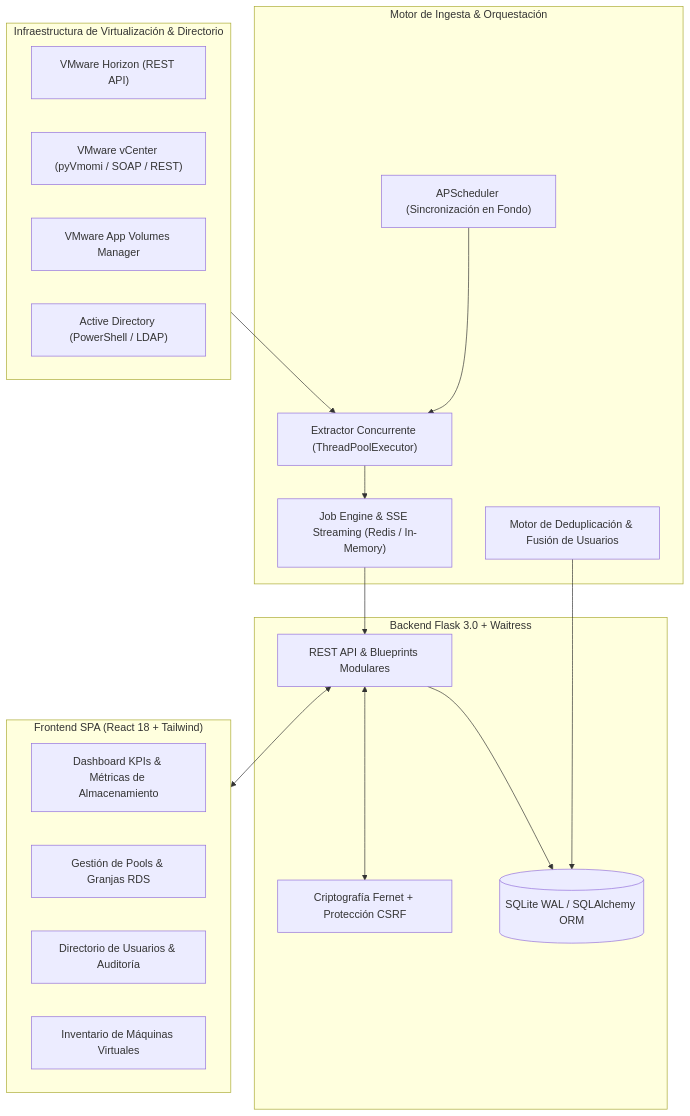
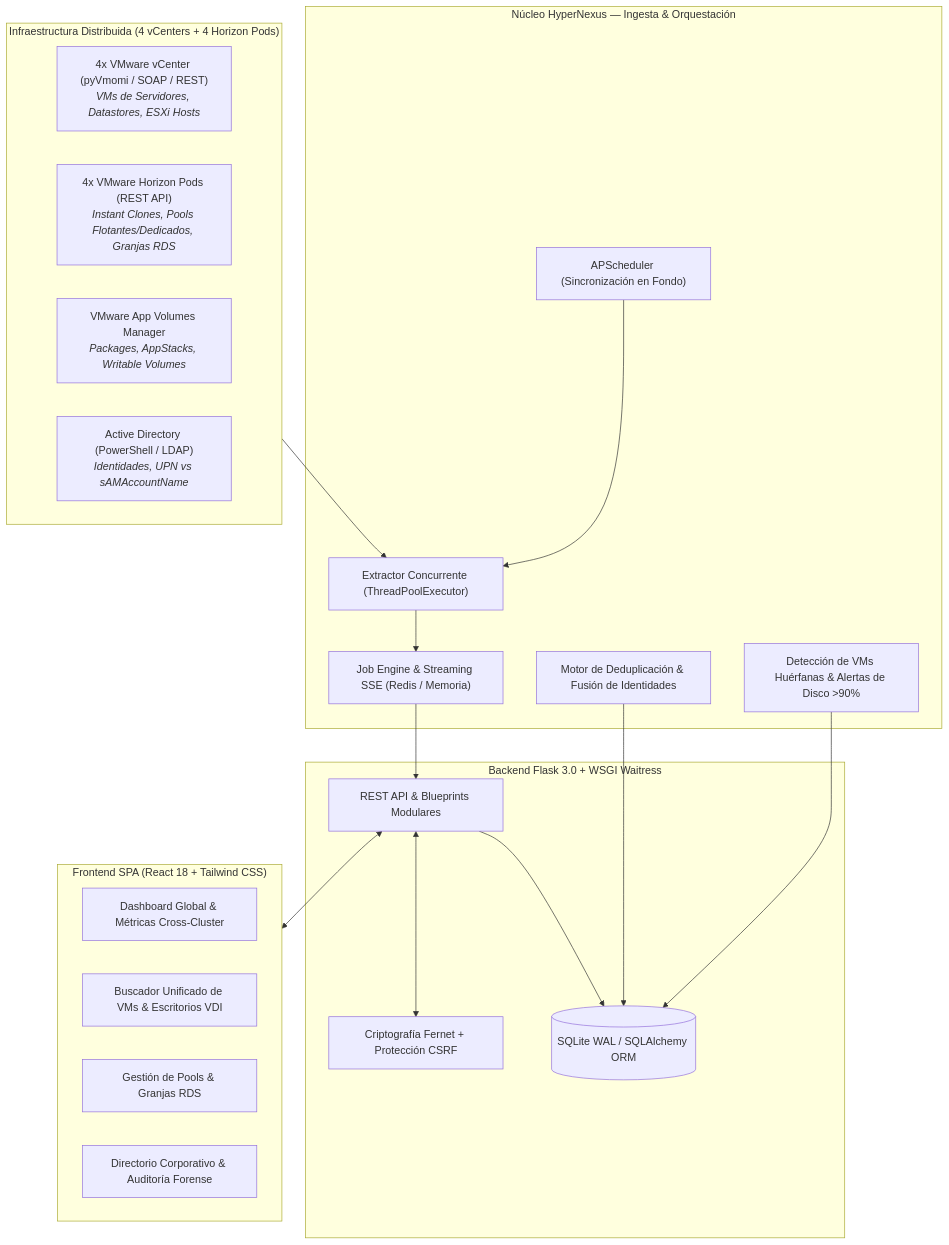
The diagram in README.md (dev-jmartone/HyperNexus-OpenSource), drawn with Mermaid before and after one commit. The commit also changed other lines of this file and 20 other files, not shown here.

Commit message:
Rebrand project to HyperNexus, clean production assets, and update documentation

````diff
--- a/README.md
+++ b/README.md
@@ -16,38 +17,40 @@
 ```mermaid
 flowchart TD
-    subgraph Hypervisors["Infraestructura de Virtualización & Directorio"]
-        H1["VMware Horizon (REST API)"]
-        V1["VMware vCenter (pyVmomi / SOAP / REST)"]
-        AV["VMware App Volumes Manager"]
-        AD["Active Directory (PowerShell / LDAP)"]
+    subgraph Hypervisors["Infraestructura Distribuida (4 vCenters + 4 Horizon Pods)"]
+        VC["4x VMware vCenter (pyVmomi / SOAP / REST)<br/><i>VMs de Servidores, Datastores, ESXi Hosts</i>"]
+        HZ["4x VMware Horizon Pods (REST API)<br/><i>Instant Clones, Pools Flotantes/Dedicados, Granjas RDS</i>"]
+        AV["VMware App Volumes Manager<br/><i>Packages, AppStacks, Writable Volumes</i>"]
+        AD["Active Directory (PowerShell / LDAP)<br/><i>Identidades, UPN vs sAMAccountName</i>"]
     end
 
-    subgraph CoreEngine["Motor de Ingesta & Orquestación"]
+    subgraph HyperNexusEngine["Núcleo HyperNexus — Ingesta & Orquestación"]
         EXT["Extractor Concurrente (ThreadPoolExecutor)"]
-        JOB["Job Engine & SSE Streaming (Redis / In-Memory)"]
-        DEDUP["Motor de Deduplicación & Fusión de Usuarios"]
+        JOB["Job Engine & Streaming SSE (Redis / Memoria)"]
+        DEDUP["Motor de Deduplicación & Fusión de Identidades"]
         SCHED["APScheduler (Sincronización en Fondo)"]
+        SAN["Detección de VMs Huérfanas & Alertas de Disco >90%"]
     end
 
-    subgraph BackendApp["Backend Flask 3.0 + Waitress"]
+    subgraph BackendApp["Backend Flask 3.0 + WSGI Waitress"]
         API["REST API & Blueprints Modulares"]
         SEC["Criptografía Fernet + Protección CSRF"]
         DB[(SQLite WAL / SQLAlchemy ORM)]
     end
 
-    subgraph UserInterface["Frontend SPA (React 18 + Tailwind)"]
-        DASH["Dashboard KPIs & Métricas de Almacenamiento"]
+    subgraph UserInterface["Frontend SPA (React 18 + Tailwind CSS)"]
+        DASH["Dashboard Global & Métricas Cross-Cluster"]
+        VMS["Buscador Unificado de VMs & Escritorios VDI"]
         POOLS["Gestión de Pools & Granjas RDS"]
-        DIR["Directorio de Usuarios & Auditoría"]
-        VMS["Inventario de Máquinas Virtuales"]
+        DIR["Directorio Corporativo & Auditoría Forense"]
     end
 
     Hypervisors --> EXT
     EXT --> JOB
     JOB --> API
     SCHED --> EXT
+    SAN --> DB
     DEDUP --> DB
     API --> DB
     API <--> SEC
     API <--> UserInterface
 ```
````
